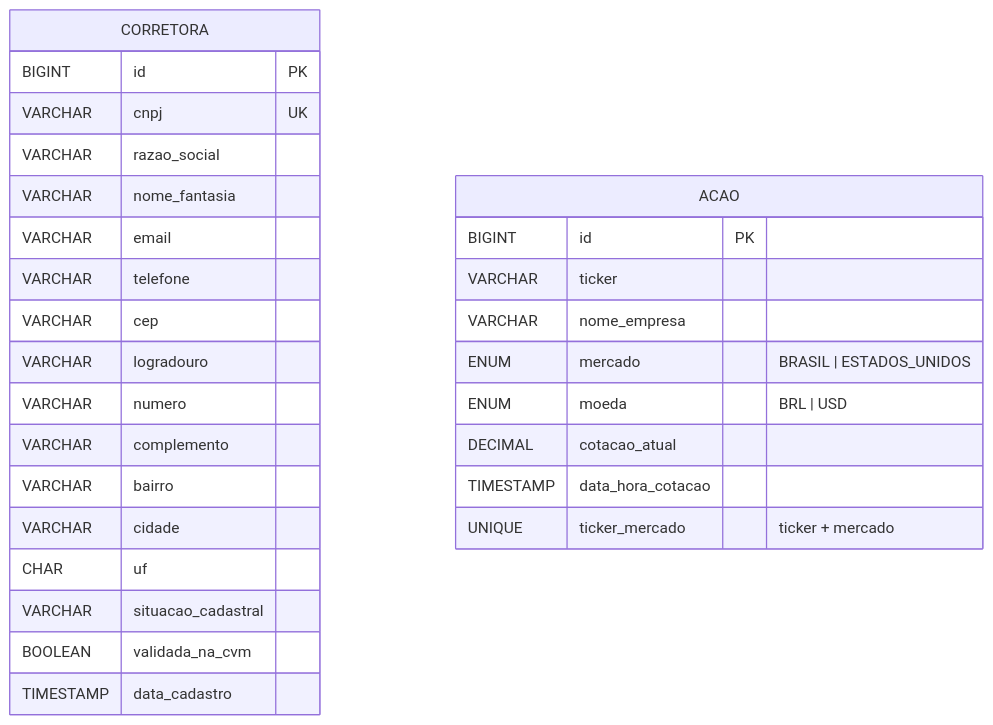
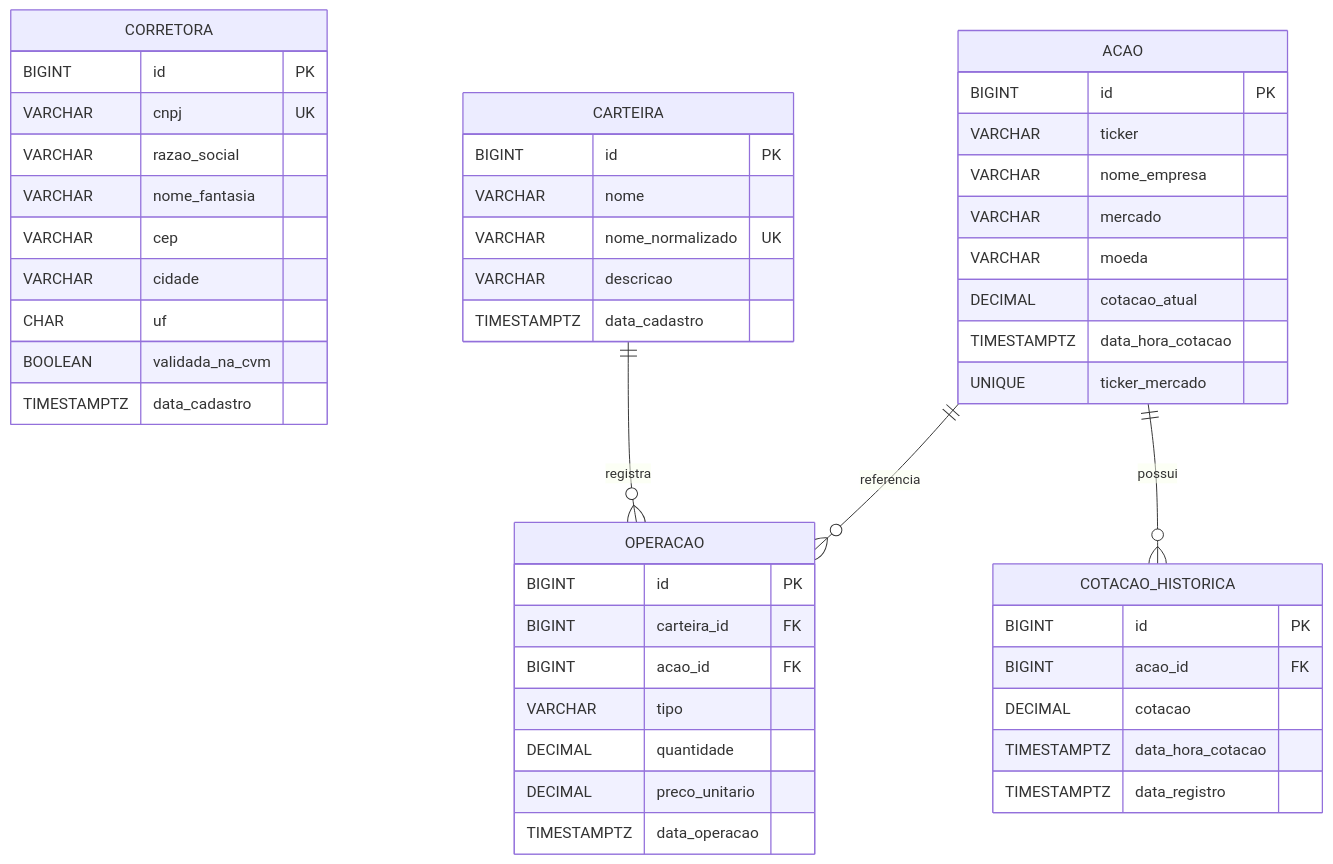
The diagram in docs/architecture/entity-model.md (Colavite-dev/gestor-investimentos), drawn with Mermaid before and after one commit. The commit also changed other lines of this file and 10 other files, not shown here.

````diff
--- a/docs/architecture/entity-model.md
+++ b/docs/architecture/entity-model.md
@@ -5,32 +5,55 @@
 ```mermaid
 erDiagram
     CORRETORA {
         BIGINT id PK
         VARCHAR cnpj UK
         VARCHAR razao_social
         VARCHAR nome_fantasia
-        VARCHAR email
-        VARCHAR telefone
         VARCHAR cep
-        VARCHAR logradouro
-        VARCHAR numero
-        VARCHAR complemento
-        VARCHAR bairro
         VARCHAR cidade
         CHAR uf
-        VARCHAR situacao_cadastral
         BOOLEAN validada_na_cvm
-        TIMESTAMP data_cadastro
+        TIMESTAMPTZ data_cadastro
     }
 
     ACAO {
         BIGINT id PK
         VARCHAR ticker
         VARCHAR nome_empresa
-        ENUM mercado "BRASIL | ESTADOS_UNIDOS"
-        ENUM moeda "BRL | USD"
+        VARCHAR mercado
+        VARCHAR moeda
         DECIMAL cotacao_atual
-        TIMESTAMP data_hora_cotacao
-        UNIQUE ticker_mercado "ticker + mercado"
+        TIMESTAMPTZ data_hora_cotacao
+        UNIQUE ticker_mercado
     }
+
+    CARTEIRA {
+        BIGINT id PK
+        VARCHAR nome
+        VARCHAR nome_normalizado UK
+        VARCHAR descricao
+        TIMESTAMPTZ data_cadastro
+    }
+
+    OPERACAO {
+        BIGINT id PK
+        BIGINT carteira_id FK
+        BIGINT acao_id FK
+        VARCHAR tipo
+        DECIMAL quantidade
+        DECIMAL preco_unitario
+        TIMESTAMPTZ data_operacao
+    }
+
+    COTACAO_HISTORICA {
+        BIGINT id PK
+        BIGINT acao_id FK
+        DECIMAL cotacao
+        TIMESTAMPTZ data_hora_cotacao
+        TIMESTAMPTZ data_registro
+    }
+
+    CARTEIRA ||--o{ OPERACAO : registra
+    ACAO ||--o{ OPERACAO : referencia
+    ACAO ||--o{ COTACAO_HISTORICA : possui
 ```
````
